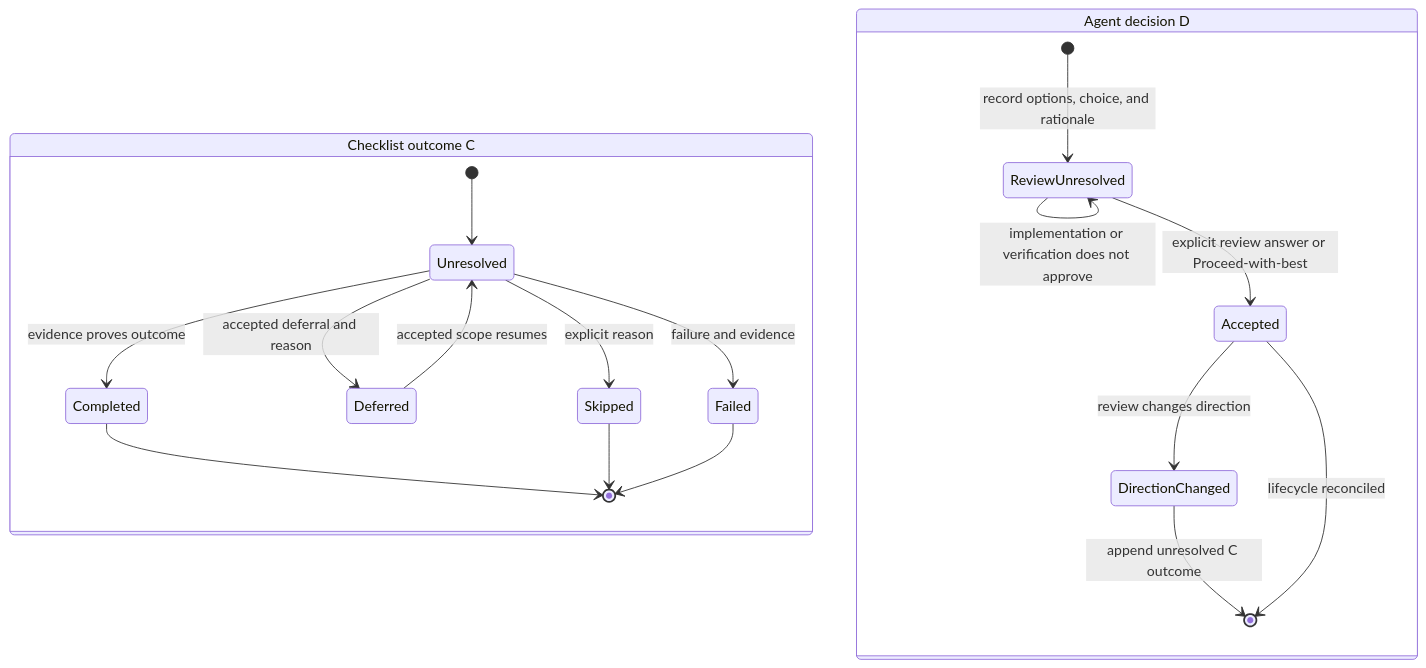
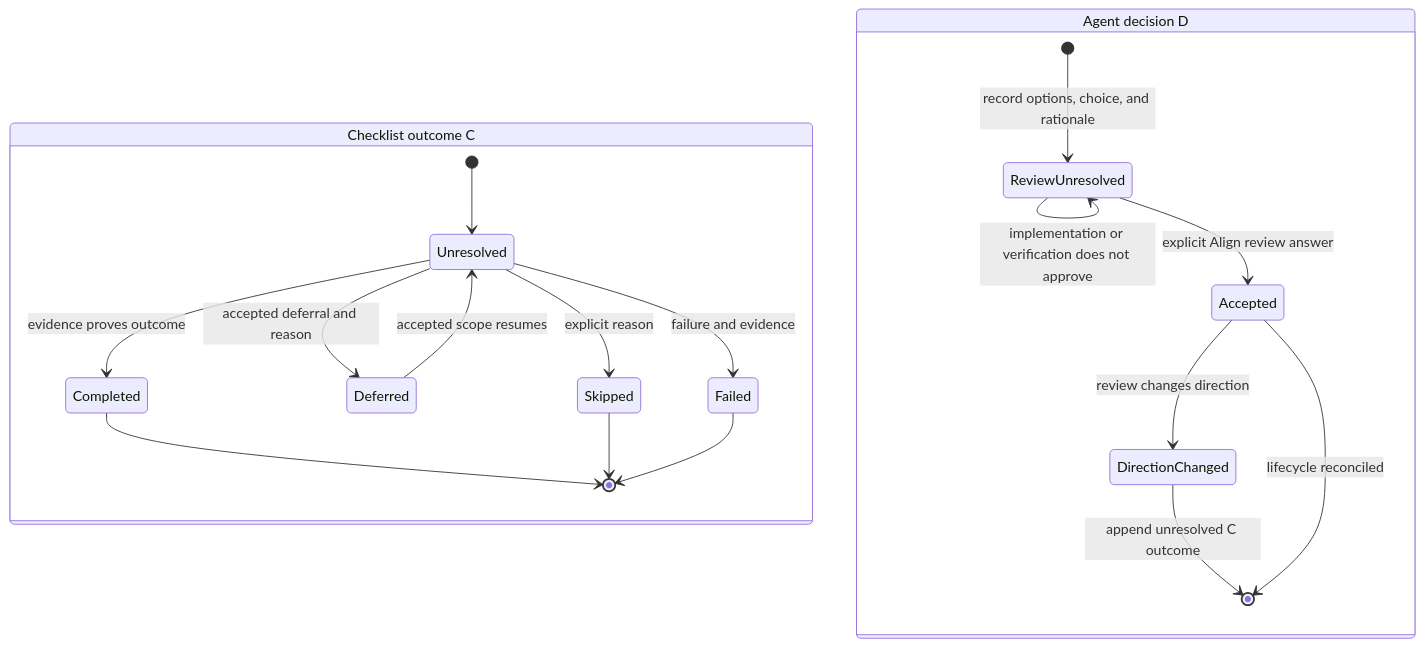
One commit to dhumdil-apps/pi-director changed the ninth of 12 diagrams in docs/AGENT-WORKFLOW-DIAGRAMS.md. Above: the diagram before and after it, drawn with Mermaid. The commit also changed other lines of this file and 12 other files, not shown here.

````diff
--- a/docs/AGENT-WORKFLOW-DIAGRAMS.md
+++ b/docs/AGENT-WORKFLOW-DIAGRAMS.md
@@ -254,23 +254,23 @@
 ```mermaid
 stateDiagram-v2
     state "Checklist outcome C" as C {
         [*] --> Unresolved
         Unresolved --> Completed: evidence proves outcome
         Unresolved --> Deferred: accepted deferral and reason
         Unresolved --> Skipped: explicit reason
         Unresolved --> Failed: failure and evidence
         Deferred --> Unresolved: accepted scope resumes
         Completed --> [*]
         Skipped --> [*]
         Failed --> [*]
     }
 
     state "Agent decision D" as D {
         [*] --> ReviewUnresolved: record options, choice, and rationale
         ReviewUnresolved --> ReviewUnresolved: implementation or verification does not approve
-        ReviewUnresolved --> Accepted: explicit review answer or Proceed-with-best
+        ReviewUnresolved --> Accepted: explicit Align review answer
         Accepted --> DirectionChanged: review changes direction
         DirectionChanged --> [*]: append unresolved C outcome
         Accepted --> [*]: lifecycle reconciled
     }
 ```
````
